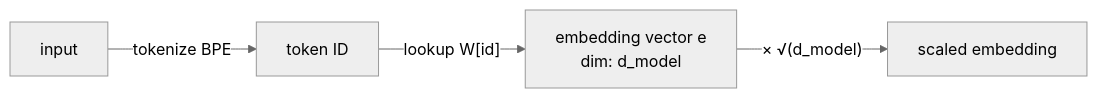
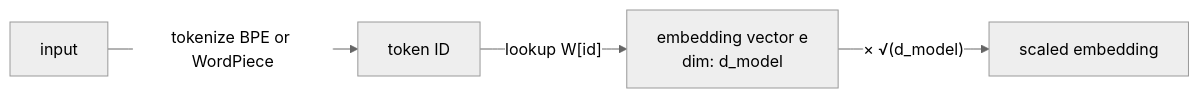
Before and after one commit to JacksonWu901224/jacksonwu901224.github.io: the fifth of 5 diagrams in notes/AI.md, drawn with Mermaid (neutral theme). The commit also changed other lines of this file and 1 other file, not shown here.

````diff
--- a/notes/AI.md
+++ b/notes/AI.md
@@ -1034,6 +1034,6 @@
 ```mermaid
 flowchart LR
-    A[input] -->|tokenize BPE| B[token ID]
+    A[input] -->|tokenize BPE or WordPiece| B[token ID]
     B -->|"lookup W[id]"| C["embedding vector e<br/>dim: d_model"]
     C -->|"× √(d_model)"| D[scaled embedding]
 ```
````
